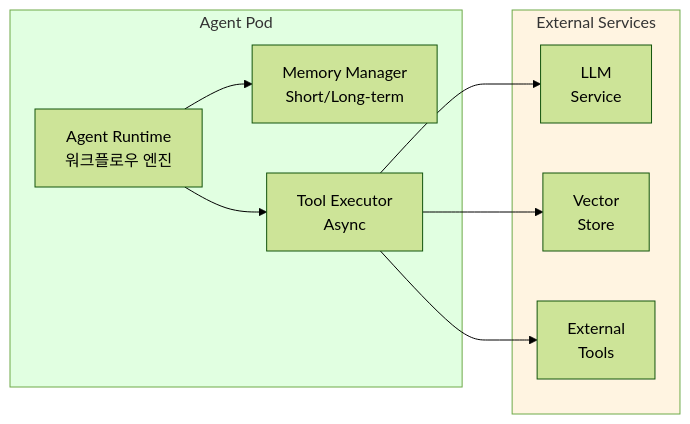
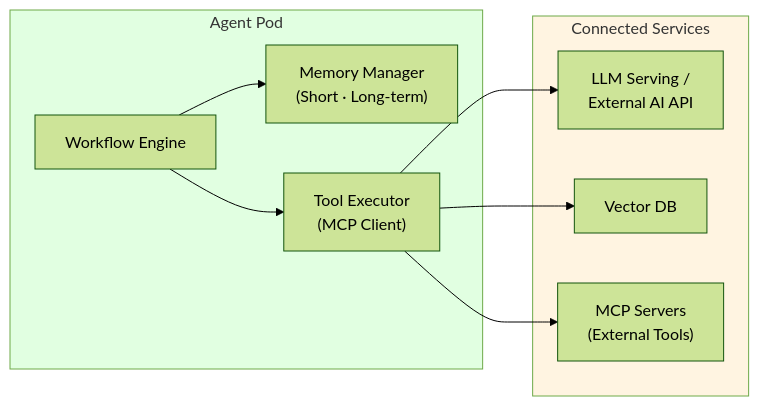
Before and after one commit to devfloor9/engineering-playbook: the second of 5 diagrams in docs/agentic-ai-platform/design-architecture/agentic-platform-architecture.md, drawn with Mermaid (forest theme). The commit also changed other lines of this file, not shown here.

````diff
--- a/docs/agentic-ai-platform/design-architecture/agentic-platform-architecture.md
+++ b/docs/agentic-ai-platform/design-architecture/agentic-platform-architecture.md
@@ -145,23 +115,23 @@
 ```mermaid
 flowchart LR
     subgraph AgentPod["Agent Pod"]
-        RUNTIME["Agent Runtime<br/>워크플로우 엔진"]
-        MEMORY["Memory Manager<br/>Short/Long-term"]
-        EXECUTOR["Tool Executor<br/>Async"]
+        RUNTIME["Workflow Engine"]
+        MEMORY["Memory Manager<br/>(Short · Long-term)"]
+        EXECUTOR["Tool Executor<br/>(MCP Client)"]
     end
 
-    subgraph External["External Services"]
-        LLM["LLM<br/>Service"]
-        VECTOR["Vector<br/>Store"]
-        TOOLS["External<br/>Tools"]
+    subgraph Services["Connected Services"]
+        LLM["LLM Serving /<br/>External AI API"]
+        VECTOR["Vector DB"]
+        MCP_TOOLS["MCP Servers<br/>(External Tools)"]
     end
 
     RUNTIME --> MEMORY
     RUNTIME --> EXECUTOR
     EXECUTOR --> LLM
     EXECUTOR --> VECTOR
-    EXECUTOR --> TOOLS
+    EXECUTOR --> MCP_TOOLS
 
     style AgentPod fill:#e1ffe1
-    style External fill:#fff4e1
+    style Services fill:#fff4e1
 ```
````
